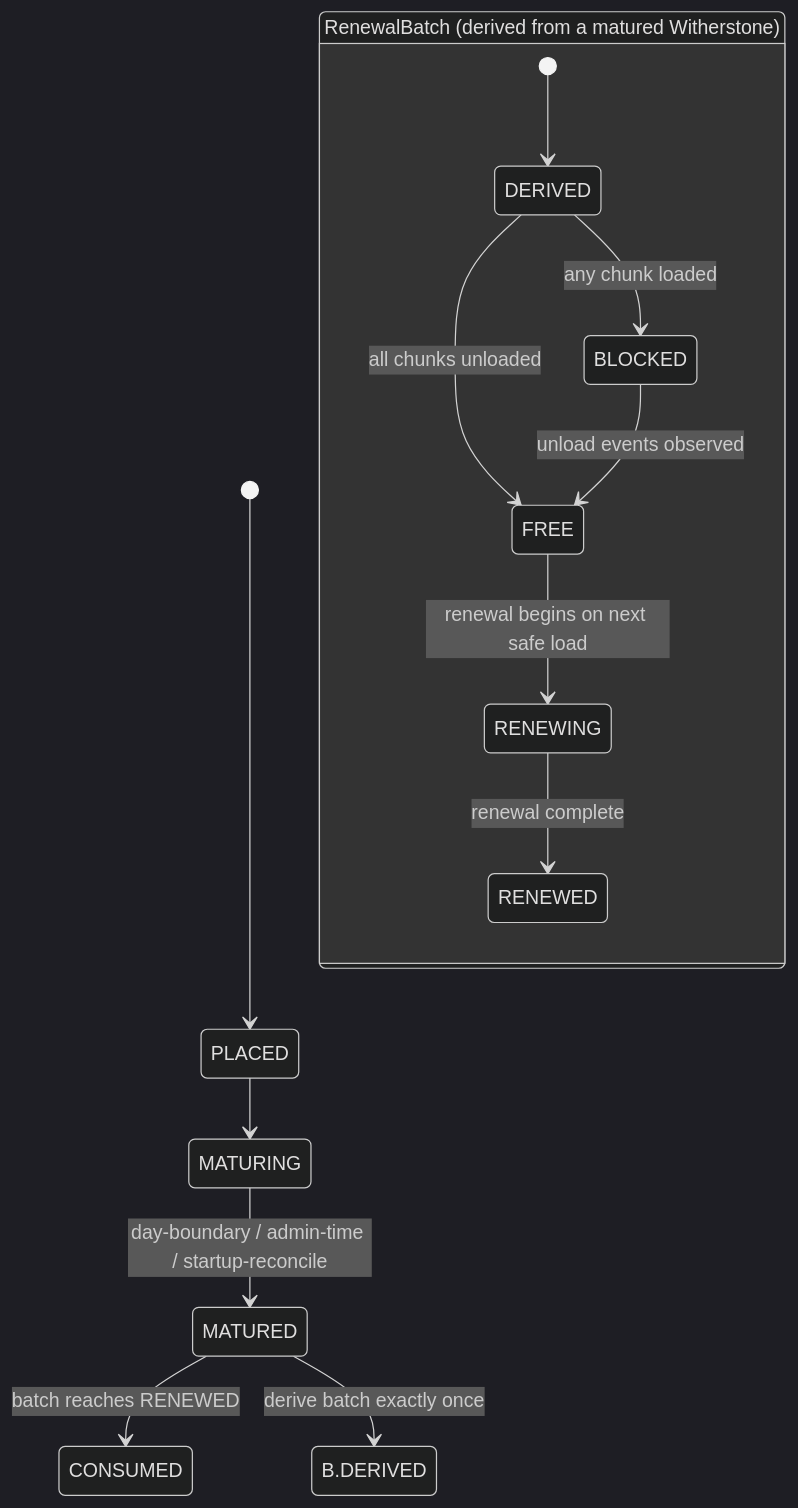
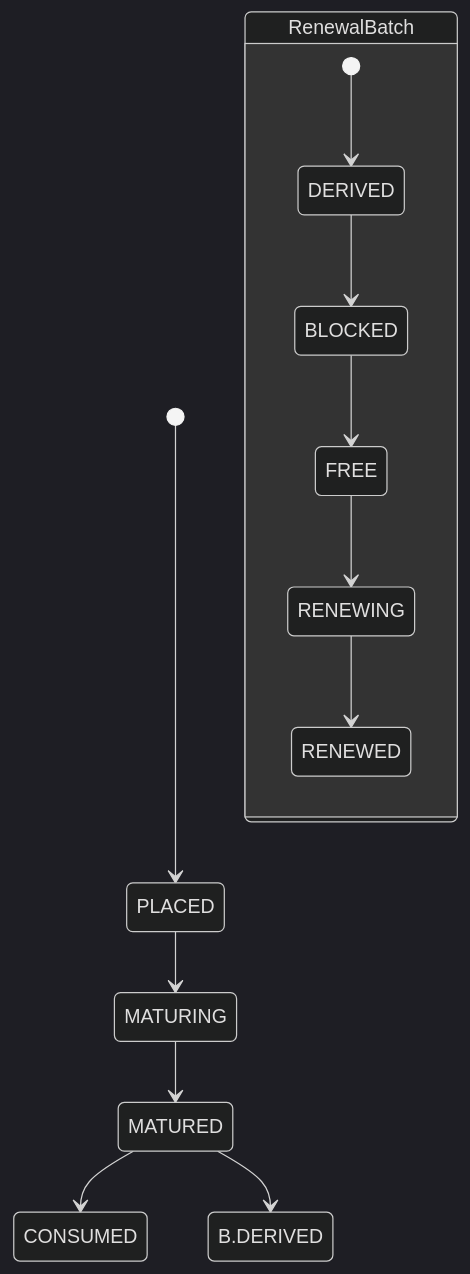
Before and after one commit to olilanz/memento-mc: the third of 3 diagrams in ARCHITECTURE.md, drawn with Mermaid (dark theme). The commit also changed other lines of this file and 1 other file, not shown here.

````diff
--- a/ARCHITECTURE.md
+++ b/ARCHITECTURE.md
@@ -197,18 +221,17 @@
 ```mermaid
 stateDiagram-v2
   [*] --> PLACED
   PLACED --> MATURING
-  MATURING --> MATURED: day-boundary / admin-time / startup-reconcile
-  MATURED --> CONSUMED: batch reaches RENEWED
+  MATURING --> MATURED
+  MATURED --> CONSUMED
 
-  state "RenewalBatch (derived from a matured Witherstone)" as B {
+  state "RenewalBatch" as B {
     [*] --> DERIVED
-    DERIVED --> BLOCKED: any chunk loaded
-    DERIVED --> FREE: all chunks unloaded
-    BLOCKED --> FREE: unload events observed
-    FREE --> RENEWING: renewal begins on next safe load
-    RENEWING --> RENEWED: renewal complete
+    DERIVED --> BLOCKED
+    BLOCKED --> FREE
+    FREE --> RENEWING
+    RENEWING --> RENEWED
   }
 
-  MATURED --> B.DERIVED: derive batch exactly once
+  MATURED --> B.DERIVED
 ```
````
